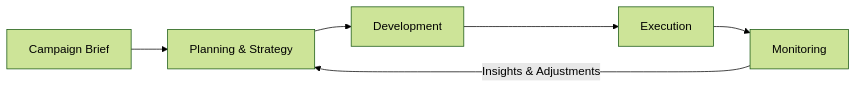
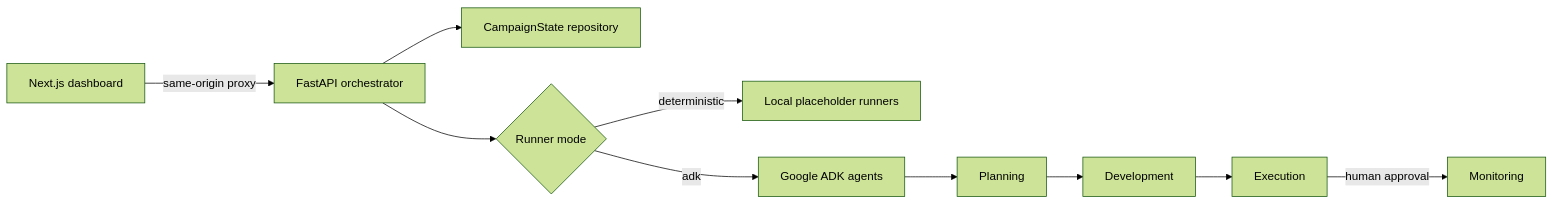
Before and after one commit to jamesherbin/marketing_campaign_generator: the diagram in README.md, drawn with Mermaid (forest theme). The commit also changed other lines of this file and 33 other files, not shown here.

````diff
--- a/README.md
+++ b/README.md
@@ -16,8 +7,12 @@
 ```mermaid
 flowchart LR
-    A[Campaign Brief] --> B[Planning & Strategy]
-    B --> C[Development]
-    C --> D[Execution]
-    D --> E[Monitoring]
-    E -- Insights & Adjustments --> B
+    UI[Next.js dashboard] -->|same-origin proxy| API[FastAPI orchestrator]
+    API --> STATE[CampaignState repository]
+    API --> RUNNERS{Runner mode}
+    RUNNERS -->|deterministic| FIXTURES[Local placeholder runners]
+    RUNNERS -->|adk| AGENTS[Google ADK agents]
+    AGENTS --> PLAN[Planning]
+    PLAN --> DEV[Development]
+    DEV --> EXEC[Execution]
+    EXEC -->|human approval| MON[Monitoring]
 ```
````
